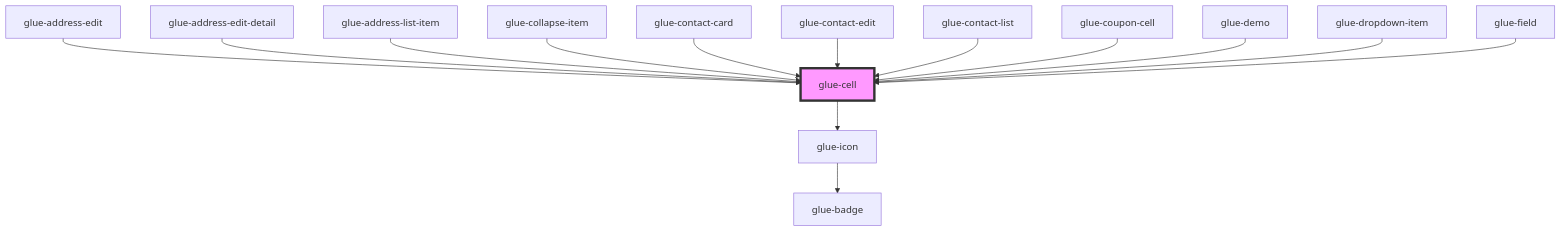
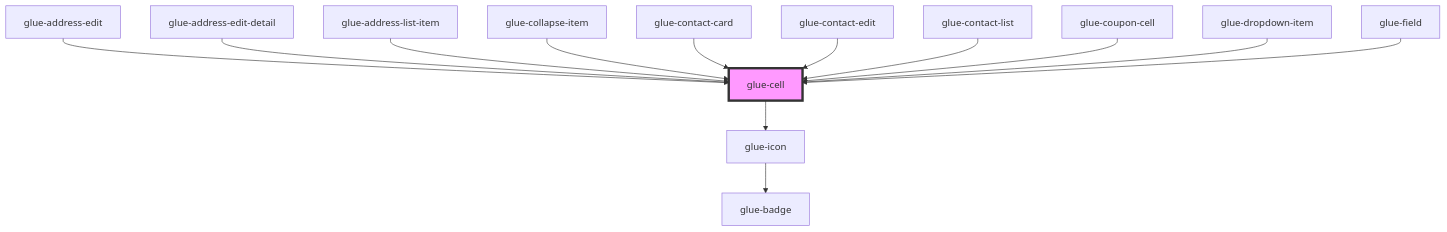
The diagram in packages/glue-components/src/components/glue-cell/readme.md (grasilife/glue), drawn with Mermaid before and after one commit. The commit also changed other lines of this file and 15 other files, not shown here.

````diff
--- a/packages/glue-components/src/components/glue-cell/readme.md
+++ b/packages/glue-components/src/components/glue-cell/readme.md
@@ -52,17 +51,16 @@
 ```mermaid
 graph TD;
   glue-cell --> glue-icon
   glue-icon --> glue-badge
   glue-address-edit --> glue-cell
   glue-address-edit-detail --> glue-cell
   glue-address-list-item --> glue-cell
   glue-collapse-item --> glue-cell
   glue-contact-card --> glue-cell
   glue-contact-edit --> glue-cell
   glue-contact-list --> glue-cell
   glue-coupon-cell --> glue-cell
-  glue-demo --> glue-cell
   glue-dropdown-item --> glue-cell
   glue-field --> glue-cell
   style glue-cell fill:#f9f,stroke:#333,stroke-width:4px
 ```
````
